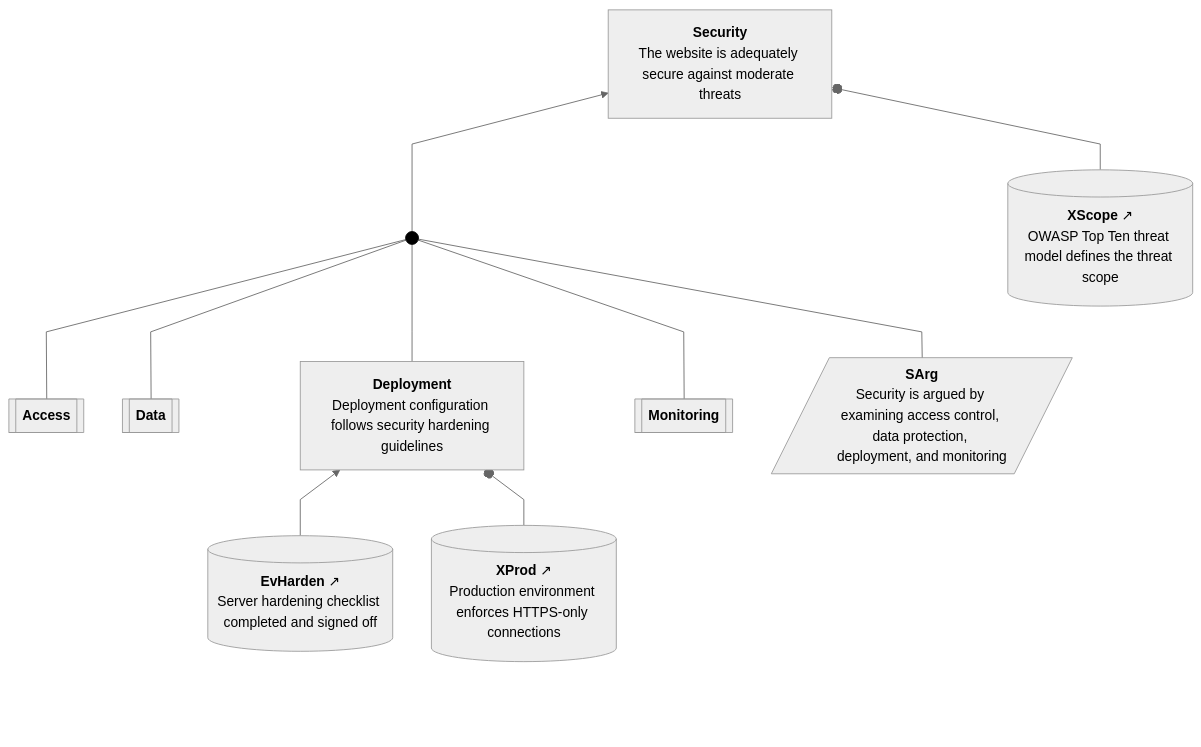
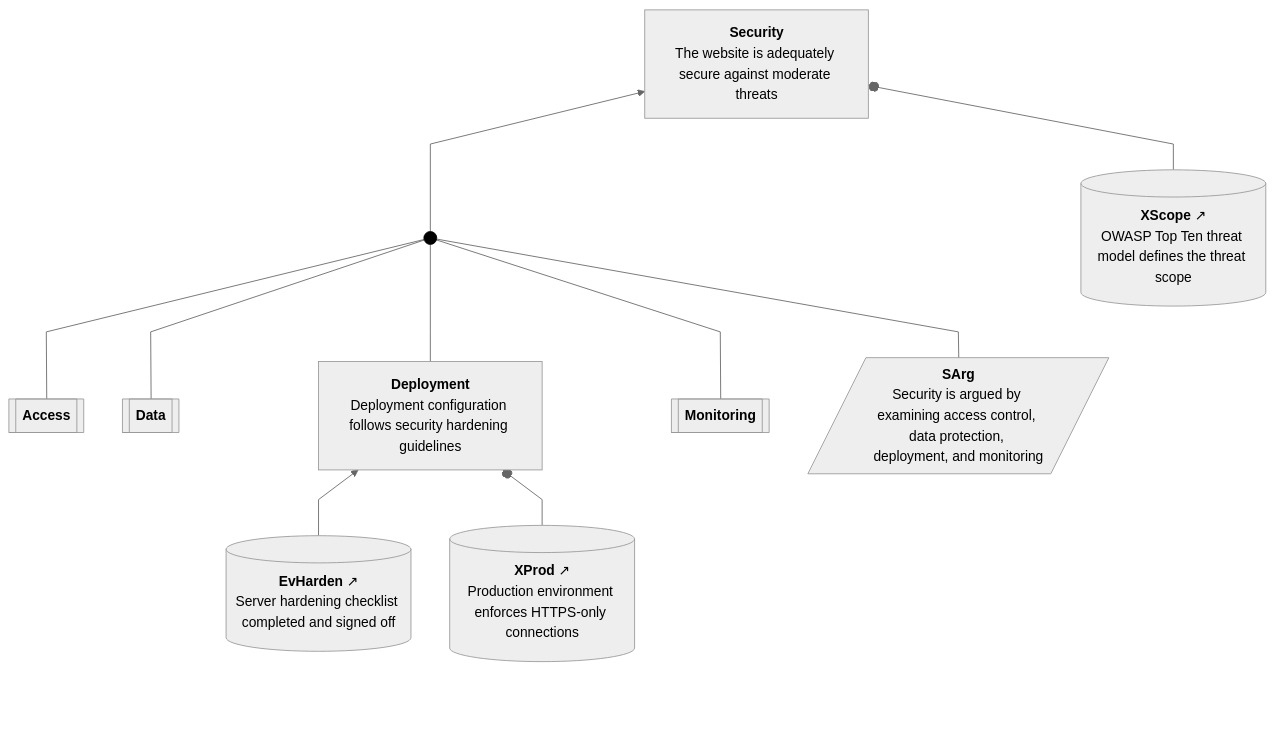
The first of 12 diagrams in tests/fixtures/demo-output.expected.md (david-a-wheeler/verocase), drawn with Mermaid before and after one commit. The commit also changed other lines of this file and 8 other files, not shown here.

First line of the commit message:
Fix GSN side-by-side rendering and use per-leaf BottomPadding nodes

````diff
--- a/tests/fixtures/demo-output.expected.md
+++ b/tests/fixtures/demo-output.expected.md
@@ -19,53 +19,53 @@
 ```mermaid
 ---
 config:
   theme: neutral
   flowchart:
     curve: linear
     htmlLabels: true
     rankSpacing: 60
     nodeSpacing: 45
     padding: 15
 ---
 flowchart BT
     classDef invisible opacity:0
     classDef sacmDot fill:#000,stroke:#000
     classDef connector fill:none,stroke:#cccccc,stroke-width:1px;
     classDef abstractClaim stroke-width:2px,stroke-dasharray: 5 5;
     Security["<b>Security</b><br>The website is adequately secure against moderate threats"]
     XScope[("<b>XScope</b>&nbsp;↗<br>OWASP Top Ten threat model defines the threat scope")]
     SArg[/"<b>SArg</b><br>Security is argued by examining access control, data protection, deployment, and monitoring"/]
     Access[["<b>Access</b>"]]
     Data[["<b>Data</b>"]]
     Deployment["<b>Deployment</b><br>Deployment configuration follows security hardening guidelines"]
     Monitoring[["<b>Monitoring</b>"]]
     EvHarden[("<b>EvHarden</b>&nbsp;↗<br>Server hardening checklist completed and signed off")]
     XProd[("<b>XProd</b>&nbsp;↗<br>Production environment enforces HTTPS-only connections")]
     Dot1((" ")):::sacmDot
     click Security "https://github.com/david-a-wheeler/verocase/blob/main/tests/fixtures/demo-output.expected.md#claim-security"
     click XScope "https://github.com/david-a-wheeler/verocase/blob/main/tests/fixtures/demo-output.expected.md#context-xscope"
     click SArg "https://github.com/david-a-wheeler/verocase/blob/main/tests/fixtures/demo-output.expected.md#strategy-sarg"
     click Access "https://github.com/david-a-wheeler/verocase/blob/main/tests/fixtures/demo-output.expected.md#package-access"
     click Data "https://github.com/david-a-wheeler/verocase/blob/main/tests/fixtures/demo-output.expected.md#package-data"
     click Deployment "https://github.com/david-a-wheeler/verocase/blob/main/tests/fixtures/demo-output.expected.md#claim-deployment"
     click Monitoring "https://github.com/david-a-wheeler/verocase/blob/main/tests/fixtures/demo-output.expected.md#package-monitoring"
     click EvHarden "https://github.com/david-a-wheeler/verocase/blob/main/tests/fixtures/demo-output.expected.md#evidence-evharden"
     click XProd "https://github.com/david-a-wheeler/verocase/blob/main/tests/fixtures/demo-output.expected.md#context-xprod"
 
-    BottomPadding[ ]:::invisible ~~~ XScope
-    BottomPadding ~~~ SArg
-    BottomPadding ~~~ Access
-    BottomPadding ~~~ Data
-    BottomPadding ~~~ Monitoring
-    BottomPadding ~~~ EvHarden
-    BottomPadding ~~~ XProd
+    BottomPadding1[ ]:::invisible ~~~ XScope
+    BottomPadding2[ ]:::invisible ~~~ SArg
+    BottomPadding3[ ]:::invisible ~~~ Access
+    BottomPadding4[ ]:::invisible ~~~ Data
+    BottomPadding5[ ]:::invisible ~~~ Monitoring
+    BottomPadding6[ ]:::invisible ~~~ EvHarden
+    BottomPadding7[ ]:::invisible ~~~ XProd
     EvHarden --> Deployment
     XProd --o Deployment
     Access --- Dot1
     Data --- Dot1
     Deployment --- Dot1
     Monitoring --- Dot1
     SArg --- Dot1
     Dot1 --> Security
     XScope --o Security
 ```
````
